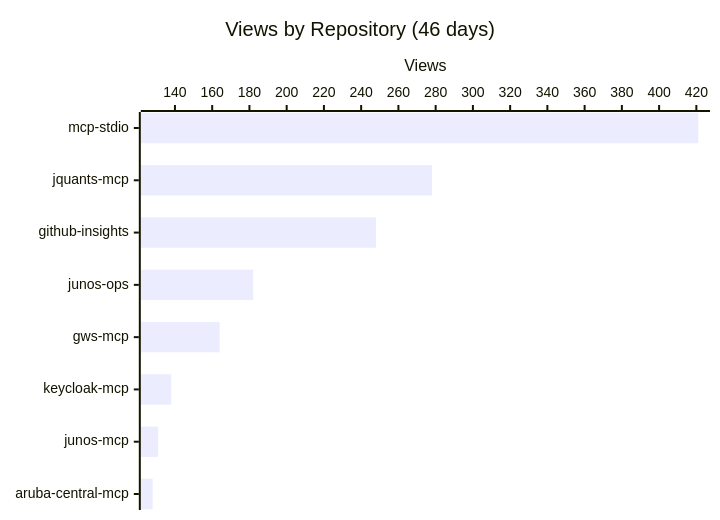
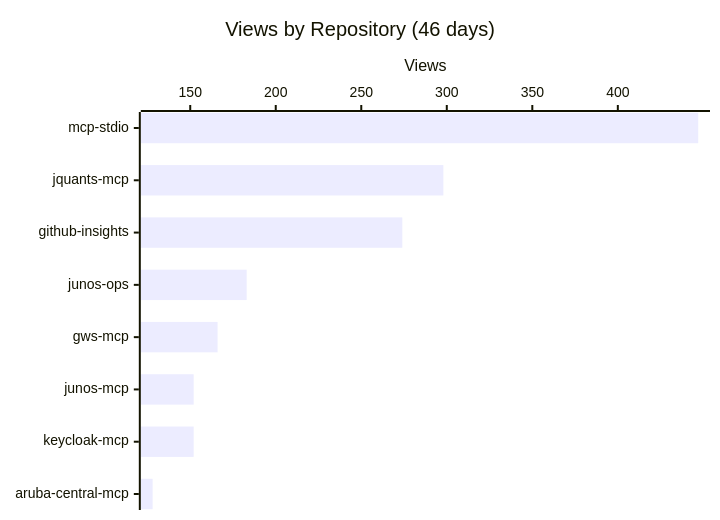
Before and after one commit to shigechika/github-insights: the first of 3 diagrams in README.md, drawn with Mermaid. The commit also changed other lines of this file and 2 other files, not shown here.

````diff
--- a/README.md
+++ b/README.md
@@ -18,7 +18,7 @@
 ```mermaid
 xychart-beta horizontal
     title "Views by Repository (46 days)"
-    x-axis ["mcp-stdio", "jquants-mcp", "github-insights", "junos-ops", "gws-mcp", "keycloak-mcp", "junos-mcp", "aruba-central-mcp"]
+    x-axis ["mcp-stdio", "jquants-mcp", "github-insights", "junos-ops", "gws-mcp", "junos-mcp", "keycloak-mcp", "aruba-central-mcp"]
     y-axis "Views"
-    bar [421, 278, 248, 182, 164, 138, 131, 128]
+    bar [447, 298, 274, 183, 166, 152, 152, 128]
 ```
````
